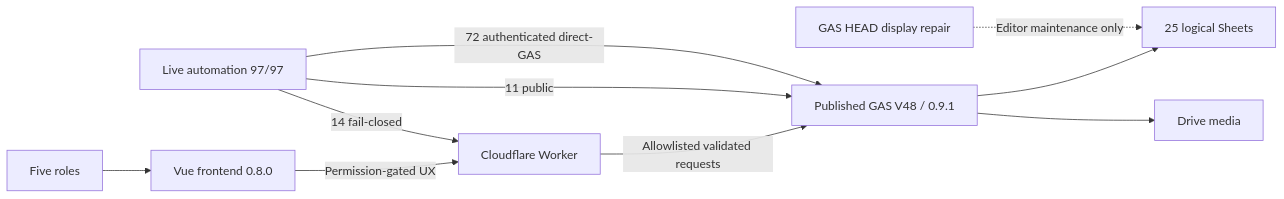
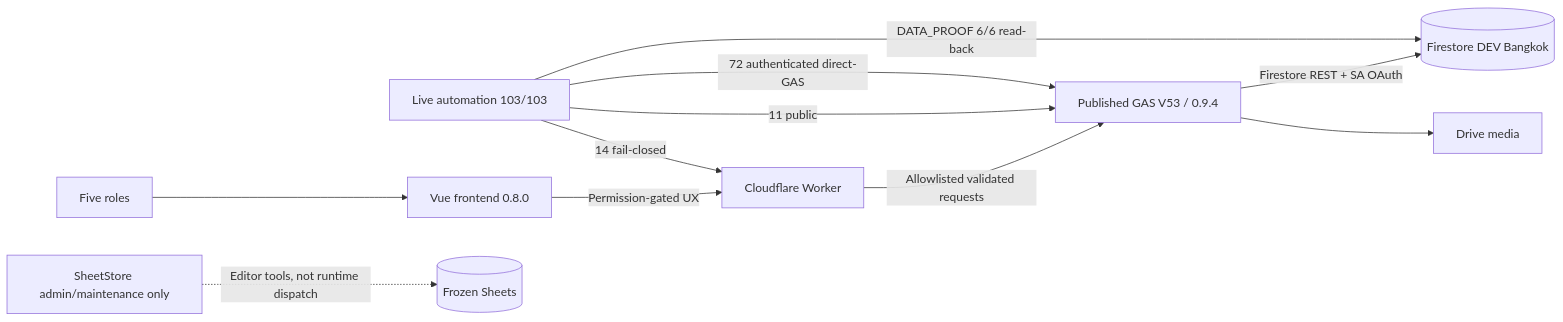
Before and after one commit to idev006/MT-Agency-Super-App-Framework: the first of 2 diagrams in apps/vehicle-contact/docs/PROJECT_HANDOVER.md, drawn with Mermaid. The commit also changed other lines of this file and 4 other files, not shown here.

First line of the commit message:
docs(p6vc): refresh handoff docs to V53/0.9.4 Firestore-only (Slice G verified)

````diff
--- a/apps/vehicle-contact/docs/PROJECT_HANDOVER.md
+++ b/apps/vehicle-contact/docs/PROJECT_HANDOVER.md
@@ -55,12 +55,13 @@
 ```mermaid
 flowchart LR
   U[Five roles] --> FE[Vue frontend 0.8.0]
   FE -->|Permission-gated UX| W[Cloudflare Worker]
-  W -->|Allowlisted validated requests| G[Published GAS V48 / 0.9.1]
-  G --> S[25 logical Sheets]
-  G --> D[Drive media]
-  A[Live automation 97/97] -->|11 public| G
+  W -->|Allowlisted validated requests| G[Published GAS V53 / 0.9.4]
+  G -->|Firestore REST + SA OAuth| D[(Firestore DEV Bangkok)]
+  G --> M[Drive media]
+  A[Live automation 103/103] -->|11 public| G
   A -->|14 fail-closed| W
   A -->|72 authenticated direct-GAS| G
-  H[GAS HEAD display repair] -. Editor maintenance only .-> S
+  A -->|DATA_PROOF 6/6 read-back| D
+  H[SheetStore admin/maintenance only] -. Editor tools, not runtime dispatch .-> S[(Frozen Sheets)]
 ```
````
